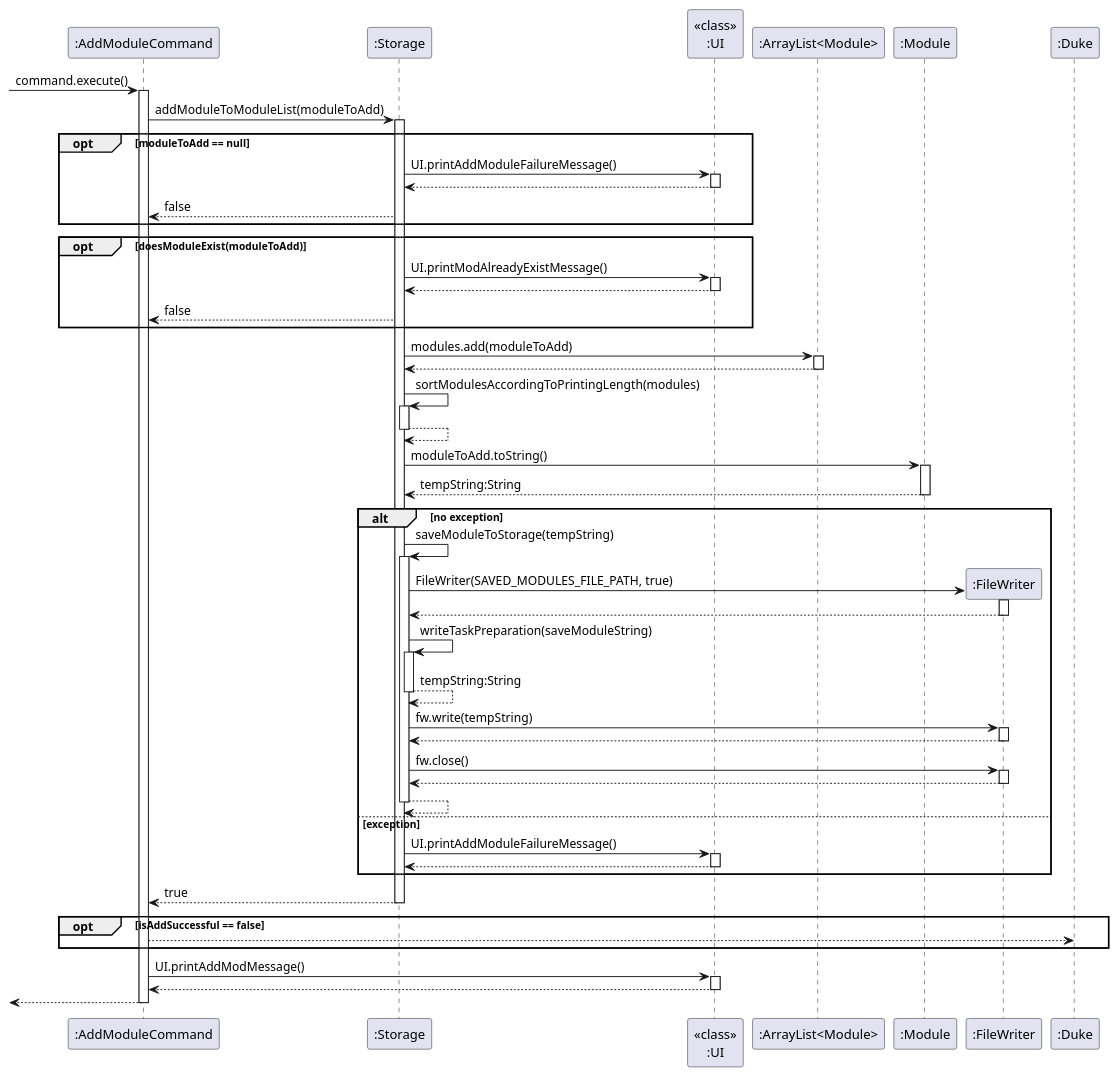
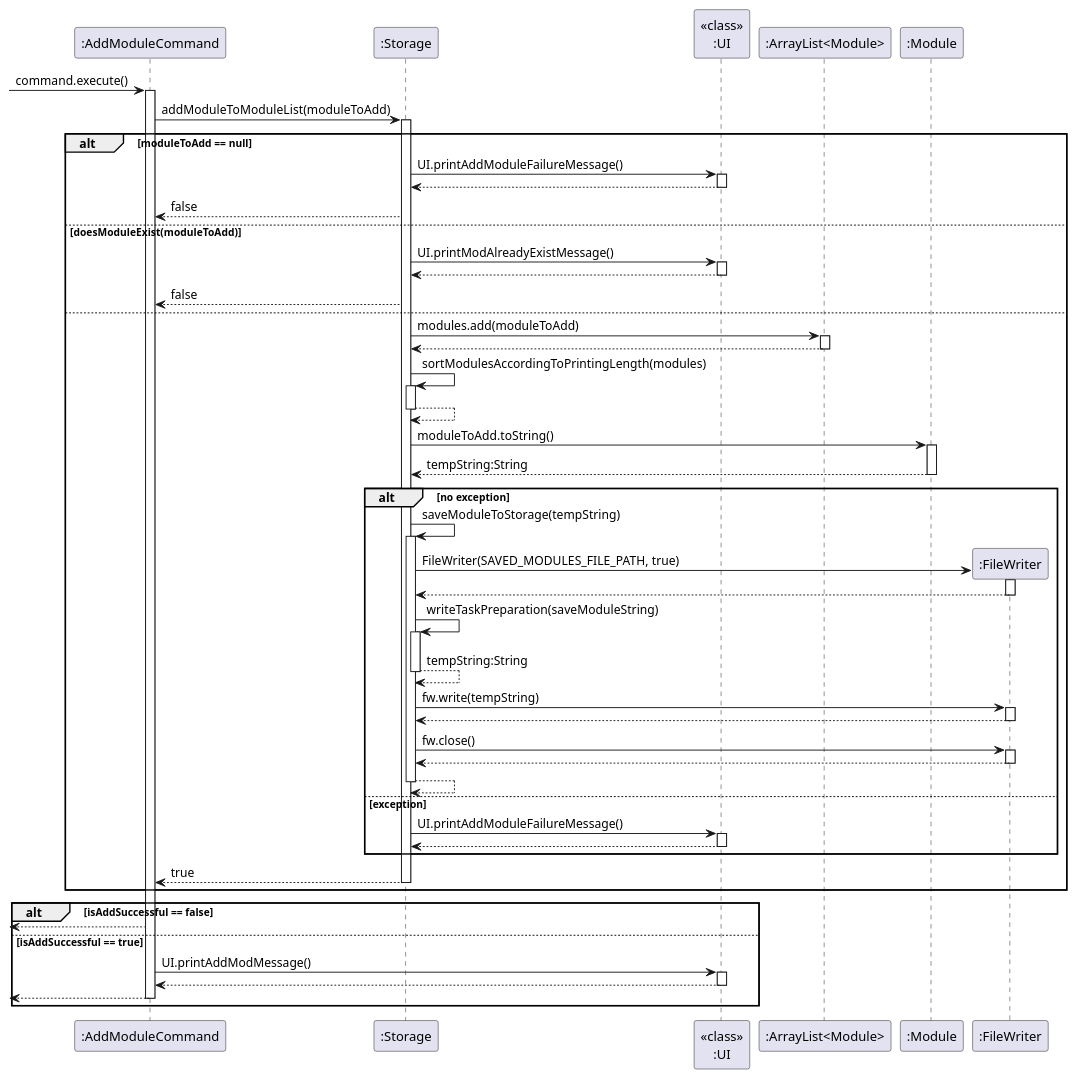
The diagram in docs/diagrams/Storage/StorageAddModule.puml (nus-cs2113-AY2223S2/tp), drawn with PlantUML before and after one commit. The commit also changed 2 other files, not shown here.

Commit message:
Update Duke High Level diagram and change storageaddmodule to use alt blocks

```diff
--- a/docs/diagrams/Storage/StorageAddModule.puml
+++ b/docs/diagrams/Storage/StorageAddModule.puml
@@ -1,79 +1,80 @@
 @startuml
 'https://plantuml.com/sequence-diagram
 -> ":AddModuleCommand" : command.execute()
 activate ":AddModuleCommand"
 ":AddModuleCommand" -> ":Storage" : addModuleToModuleList(moduleToAdd)
 activate ":Storage"
-opt moduleToAdd == null
+alt moduleToAdd == null
 ":Storage" -> "<<class>>\n:UI" : UI.printAddModuleFailureMessage()
 activate "<<class>>\n:UI"
 ":Storage" <-- "<<class>>\n:UI"
 deactivate "<<class>>\n:UI"
 ":AddModuleCommand"<-- ":Storage" : false
-end
 
-opt doesModuleExist(moduleToAdd)
+else doesModuleExist(moduleToAdd)
 ":Storage" -> "<<class>>\n:UI" : UI.printModAlreadyExistMessage()
 activate "<<class>>\n:UI"
 ":Storage" <-- "<<class>>\n:UI"
 deactivate "<<class>>\n:UI"
 ":AddModuleCommand"<-- ":Storage" : false
-end
 
+else
 ":Storage" -> ":ArrayList<Module>" : modules.add(moduleToAdd)
 activate ":ArrayList<Module>"
 ":Storage" <-- ":ArrayList<Module>"
 deactivate ":ArrayList<Module>"
 
 ":Storage" -> ":Storage": sortModulesAccordingToPrintingLength(modules)
 activate ":Storage"
 ":Storage" --> ":Storage":
 deactivate ":Storage"
 
 ":Storage" -> ":Module" : moduleToAdd.toString()
 activate ":Module"
 ":Storage" <-- ":Module" : tempString:String
 deactivate ":Module"
 
 alt no exception
 ":Storage" -> ":Storage" : saveModuleToStorage(tempString)
 activate ":Storage"
 create ":FileWriter"
 ":Storage" -> ":FileWriter" : FileWriter(SAVED_MODULES_FILE_PATH, true)
 activate ":FileWriter"
 ":Storage" <-- ":FileWriter"
 deactivate ":FileWriter"
 ":Storage" -> ":Storage" : writeTaskPreparation(saveModuleString)
 activate ":Storage"
 ":Storage" --> ":Storage" : tempString:String
 deactivate ":Storage"
 ":Storage" -> ":FileWriter" : fw.write(tempString)
 activate ":FileWriter"
 ":Storage" <-- ":FileWriter"
 deactivate ":FileWriter"
 ":Storage" -> ":FileWriter" : fw.close()
 activate ":FileWriter"
 ":Storage" <-- ":FileWriter"
 deactivate ":FileWriter"
 ":Storage" --> ":Storage"
 deactivate ":Storage"
 else exception
 ":Storage" -> "<<class>>\n:UI" :  UI.printAddModuleFailureMessage()
 activate "<<class>>\n:UI"
 ":Storage" <-- "<<class>>\n:UI"
 deactivate "<<class>>\n:UI"
 end
 ":AddModuleCommand" <-- ":Storage" : true
 deactivate ":Storage"
-opt isAddSuccessful == false
-":AddModuleCommand" --> ":Duke"
 end
+alt isAddSuccessful == false
+<-- ":AddModuleCommand"
+else isAddSuccessful == true
 ":AddModuleCommand" -> "<<class>>\n:UI" : UI.printAddModMessage()
 activate "<<class>>\n:UI"
 ":AddModuleCommand" <-- "<<class>>\n:UI"
 deactivate "<<class>>\n:UI"
 <-- ":AddModuleCommand"
 deactivate ":AddModuleCommand"
+end
 
 
 @enduml
```
